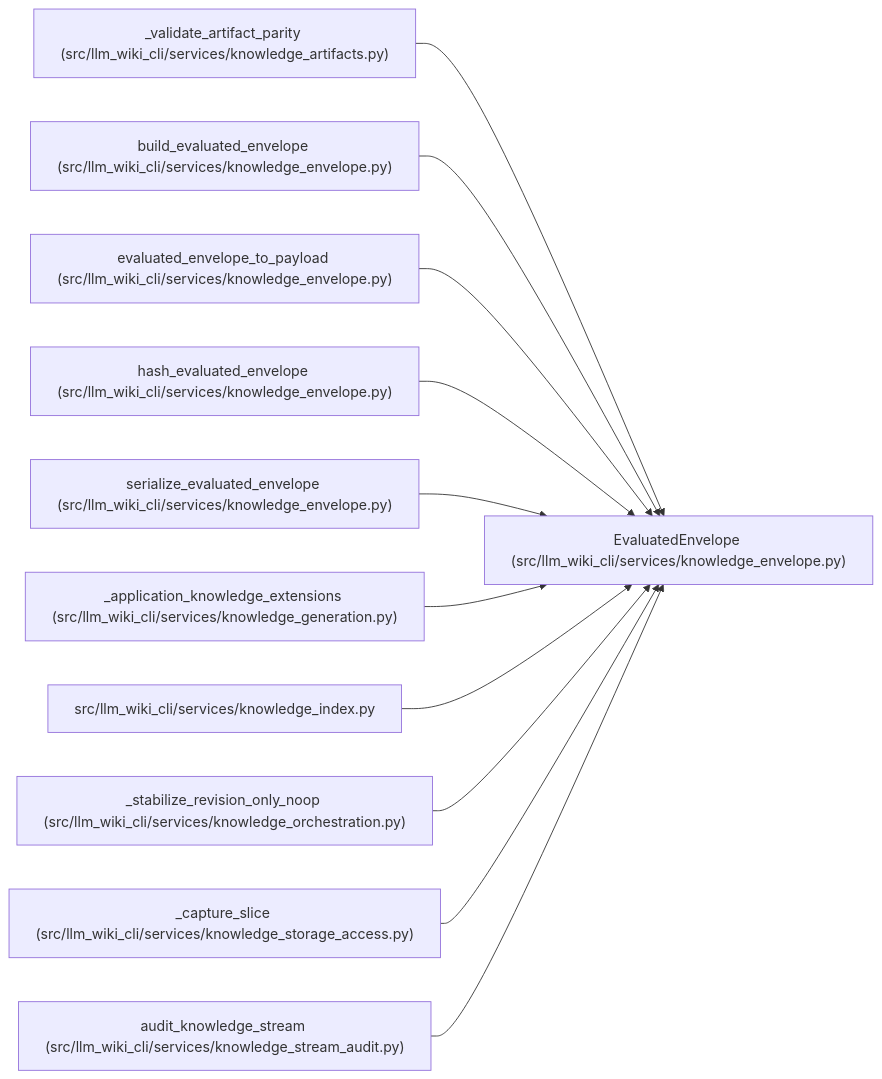
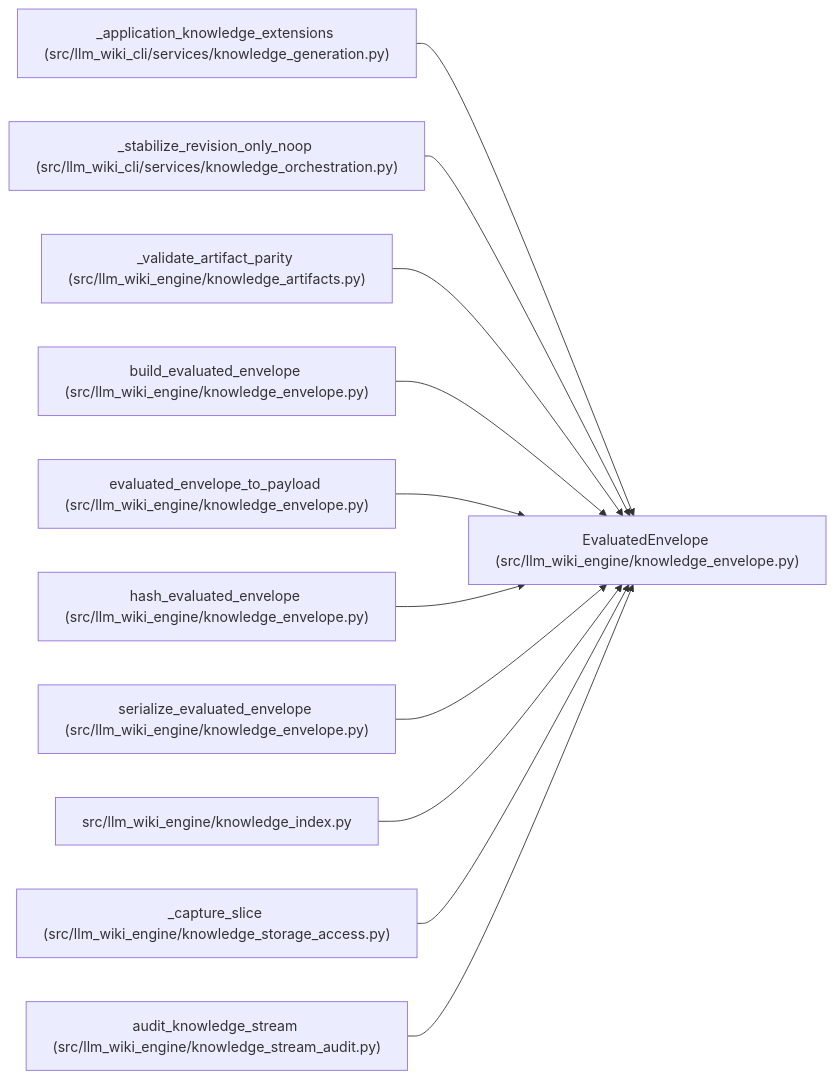
One commit to Denissvgn/python-wiki-llm changed the diagram in docs/llm_wiki/entities/EvaluatedEnvelope.md. Above: the diagram before and after it, drawn with Mermaid. The commit also changed other lines of this file and 1058 other files, not shown here.

First line of the commit message:
docs: refresh the wiki for the knowledge store move

````diff
--- a/docs/llm_wiki/entities/EvaluatedEnvelope.md
+++ b/docs/llm_wiki/entities/EvaluatedEnvelope.md
@@ -33,35 +33,35 @@
 ```mermaid
 flowchart LR
-    n0["EvaluatedEnvelope (src/llm_wiki_cli/services/knowledge_envelope.py)"]
-    n1["_validate_artifact_parity (src/llm_wiki_cli/services/knowledge_artifacts.py)"]
-    n2["build_evaluated_envelope (src/llm_wiki_cli/services/knowledge_envelope.py)"]
-    n3["evaluated_envelope_to_payload (src/llm_wiki_cli/services/knowledge_envelope.py)"]
-    n4["hash_evaluated_envelope (src/llm_wiki_cli/services/knowledge_envelope.py)"]
-    n5["serialize_evaluated_envelope (src/llm_wiki_cli/services/knowledge_envelope.py)"]
-    n6["_application_knowledge_extensions (src/llm_wiki_cli/services/knowledge_generation.py)"]
-    n7["src/llm_wiki_cli/services/knowledge_index.py"]
-    n8["_stabilize_revision_only_noop (src/llm_wiki_cli/services/knowledge_orchestration.py)"]
-    n9["_capture_slice (src/llm_wiki_cli/services/knowledge_storage_access.py)"]
-    n10["audit_knowledge_stream (src/llm_wiki_cli/services/knowledge_stream_audit.py)"]
+    n0["EvaluatedEnvelope (src/llm_wiki_engine/knowledge_envelope.py)"]
+    n1["_application_knowledge_extensions (src/llm_wiki_cli/services/knowledge_generation.py)"]
+    n2["_stabilize_revision_only_noop (src/llm_wiki_cli/services/knowledge_orchestration.py)"]
+    n3["_validate_artifact_parity (src/llm_wiki_engine/knowledge_artifacts.py)"]
+    n4["build_evaluated_envelope (src/llm_wiki_engine/knowledge_envelope.py)"]
+    n5["evaluated_envelope_to_payload (src/llm_wiki_engine/knowledge_envelope.py)"]
+    n6["hash_evaluated_envelope (src/llm_wiki_engine/knowledge_envelope.py)"]
+    n7["serialize_evaluated_envelope (src/llm_wiki_engine/knowledge_envelope.py)"]
+    n8["src/llm_wiki_engine/knowledge_index.py"]
+    n9["_capture_slice (src/llm_wiki_engine/knowledge_storage_access.py)"]
+    n10["audit_knowledge_stream (src/llm_wiki_engine/knowledge_stream_audit.py)"]
     n1 --> n0
     n2 --> n0
     n3 --> n0
     n4 --> n0
     n5 --> n0
     n6 --> n0
     n7 --> n0
     n8 --> n0
     n9 --> n0
     n10 --> n0
     click n0 "../modules/knowledge_envelope.md"
-    click n1 "../modules/knowledge_artifacts.md"
-    click n2 "../modules/knowledge_envelope.md"
-    click n3 "../modules/knowledge_envelope.md"
+    click n1 "../modules/knowledge_generation.md"
+    click n2 "../modules/knowledge_orchestration.md"
+    click n3 "../modules/knowledge_artifacts.md"
     click n4 "../modules/knowledge_envelope.md"
     click n5 "../modules/knowledge_envelope.md"
-    click n6 "../modules/knowledge_generation.md"
-    click n7 "../modules/knowledge_index.md"
-    click n8 "../modules/knowledge_orchestration.md"
+    click n6 "../modules/knowledge_envelope.md"
+    click n7 "../modules/knowledge_envelope.md"
+    click n8 "../modules/knowledge_index.md"
     click n9 "../modules/knowledge_storage_access.md"
     click n10 "../modules/knowledge_stream_audit.md"
 ```
````
